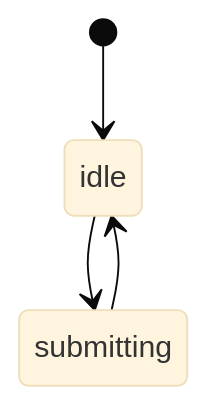
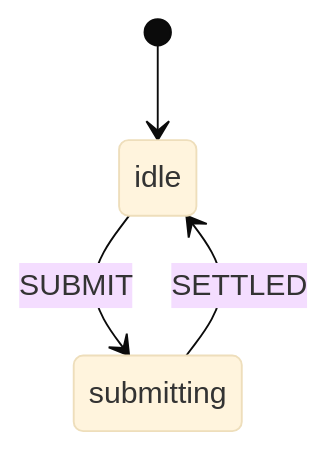
Diagram 36 of 52 in docs/contributing/state-machines.md (kody-hq/kody), drawn with Mermaid (base theme) before and after one commit. The commit also changed other lines of this file and 78 other files, not shown here.

Commit message:
refactor: drive UI flows with XState actors

````diff
--- a/docs/contributing/state-machines.md
+++ b/docs/contributing/state-machines.md
@@ -1190,6 +1246,6 @@
 ```mermaid
 stateDiagram-v2
     [*] --> idle
-    idle --> submitting
-    submitting --> idle
+    idle --> submitting: SUBMIT
+    submitting --> idle: SETTLED
 ```
````
